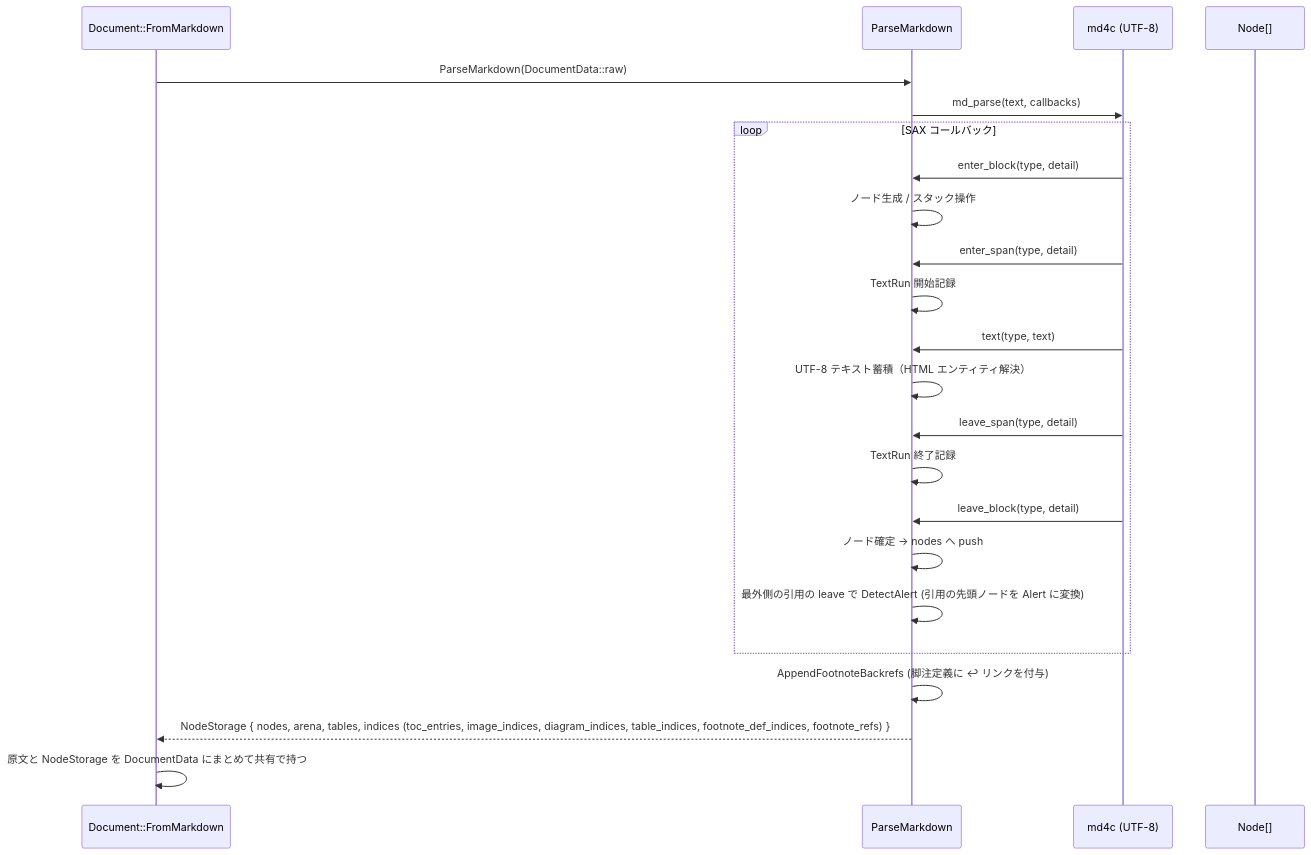
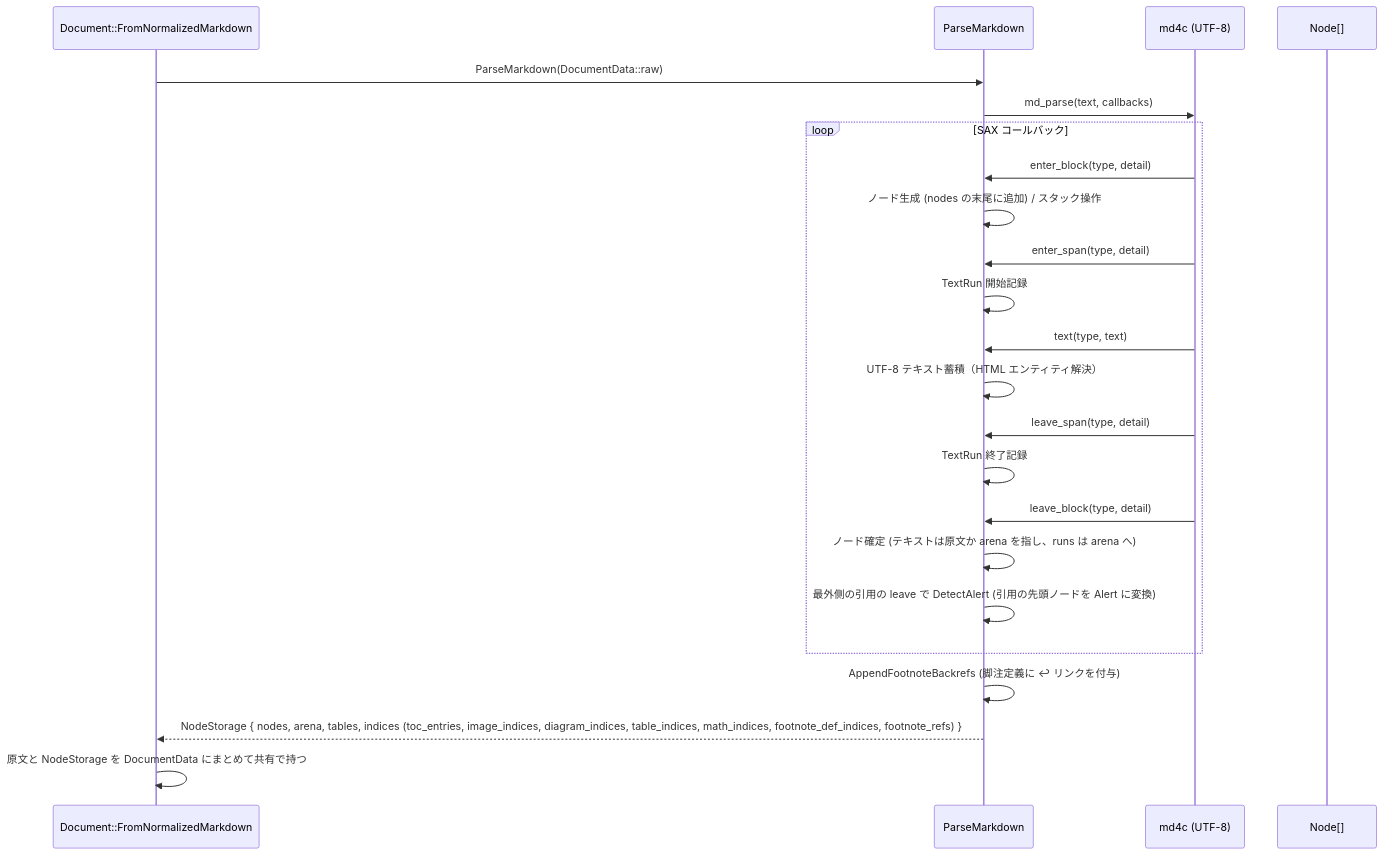
The sixth of 58 diagrams in example/test.md (tanaton/mendo), drawn with Mermaid before and after one commit. The commit also changed other lines of this file and 91 other files, not shown here.

````diff
--- a/example/test.md
+++ b/example/test.md
@@ -795,26 +837,26 @@
 ```mermaid
 sequenceDiagram
-    participant DOC as Document::FromMarkdown
+    participant DOC as Document::FromNormalizedMarkdown
     participant P as ParseMarkdown
     participant MD as md4c (UTF-8)
     participant N as Node[]
 
     DOC->>P: ParseMarkdown(DocumentData::raw)
     P->>MD: md_parse(text, callbacks)
     loop SAX コールバック
         MD->>P: enter_block(type, detail)
-        P->>P: ノード生成 / スタック操作
+        P->>P: ノード生成 (nodes の末尾に追加) / スタック操作
         MD->>P: enter_span(type, detail)
         P->>P: TextRun 開始記録
         MD->>P: text(type, text)
         P->>P: UTF-8 テキスト蓄積（HTML エンティティ解決）
         MD->>P: leave_span(type, detail)
         P->>P: TextRun 終了記録
         MD->>P: leave_block(type, detail)
-        P->>P: ノード確定 → nodes へ push
+        P->>P: ノード確定 (テキストは原文か arena を指し、runs は arena へ)
         P->>P: 最外側の引用の leave で DetectAlert (引用の先頭ノードを Alert に変換)
     end
     P->>P: AppendFootnoteBackrefs (脚注定義に ↩ リンクを付与)
-    P-->>DOC: NodeStorage { nodes, arena, tables, indices (toc_entries, image_indices, diagram_indices, table_indices, footnote_def_indices, footnote_refs) }
+    P-->>DOC: NodeStorage { nodes, arena, tables, indices (toc_entries, image_indices, diagram_indices, table_indices, math_indices, footnote_def_indices, footnote_refs) }
     DOC->>DOC: 原文と NodeStorage を DocumentData にまとめて共有で持つ
 ```
````
